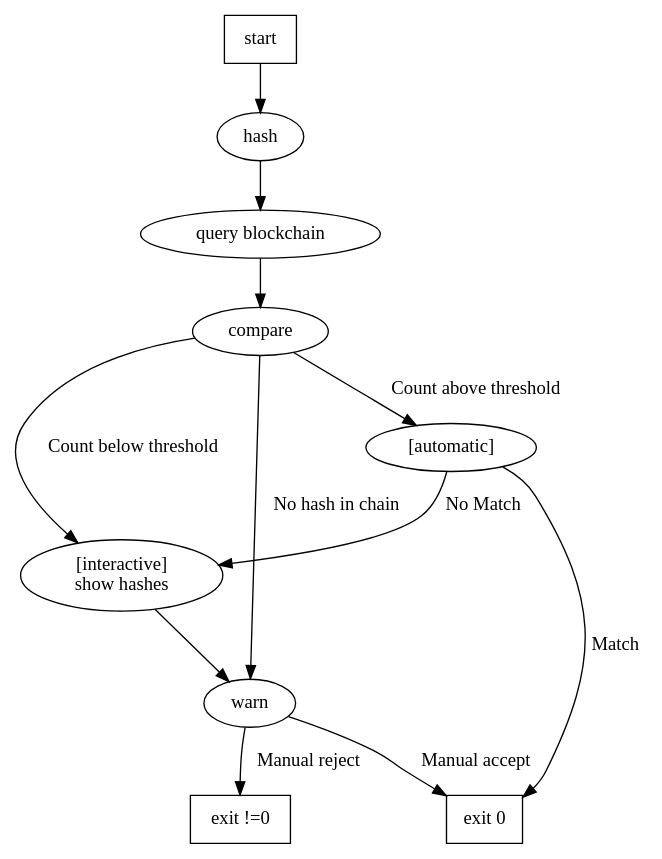
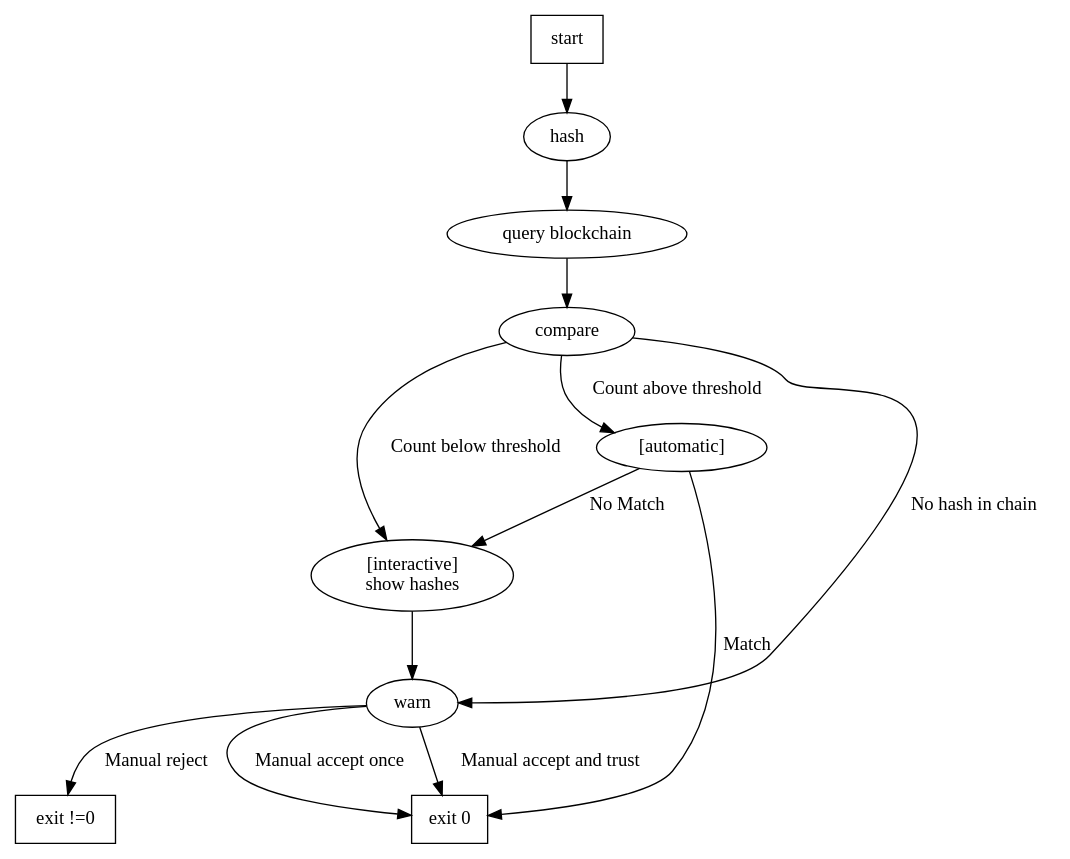
One commit to clawoflight/aursec changed the diagram in aursec/state-diagram.dot. Above: the diagram before and after it, drawn with Graphviz.

```diff
--- a/aursec/state-diagram.dot
+++ b/aursec/state-diagram.dot
@@ -1,16 +1,17 @@
 digraph states {
 	start [shape=rect];
 	fail [shape=rect, label="exit !=0"];
 	success [shape=rect, label="exit 0"];
 	manual [label="[interactive]\nshow hashes"];
 	auto [label="[automatic]"];
 	start -> hash -> "query blockchain" -> compare;
 	compare -> warn [label="No hash in chain"];
 	compare -> manual [label="Count below threshold"];
 	compare -> auto [label="Count above threshold"];
 	manual -> warn;
-	warn -> success [label="Manual accept"];
+	warn -> success [label="Manual accept and trust"];
+	warn -> success [label="Manual accept once"];
 	warn -> fail [label="Manual reject"];
 	auto -> success [label="Match"];
 	auto -> manual [label="No Match"];
 }
```
